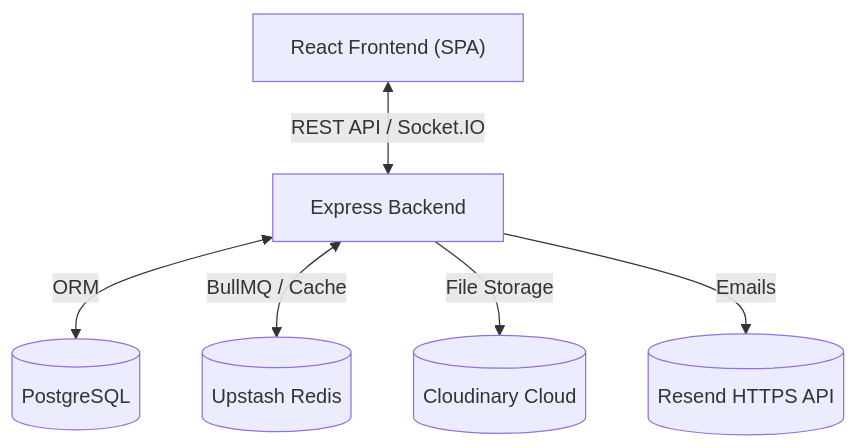
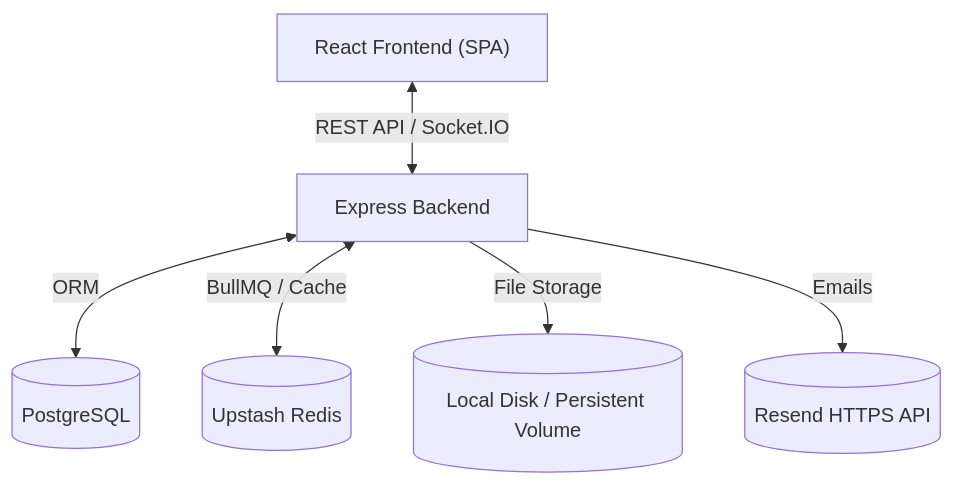
The first of 2 diagrams in docs/01_PROJECT_OVERVIEW.md (suvojit004/jobsforwomen), drawn with Mermaid before and after one commit. The commit also changed other lines of this file and 39 other files, not shown here.

````diff
--- a/docs/01_PROJECT_OVERVIEW.md
+++ b/docs/01_PROJECT_OVERVIEW.md
@@ -27,8 +27,8 @@
 ```mermaid
 graph TD
     Client["React Frontend (SPA)"] <-->|REST API / Socket.IO| Server["Express Backend"]
     Server <-->|ORM| DB[("PostgreSQL")]
     Server <-->|BullMQ / Cache| Redis[("Upstash Redis")]
-    Server -->|File Storage| Cloudinary[("Cloudinary Cloud")]
+    Server -->|File Storage| Disk[("Local Disk / Persistent Volume")]
     Server -->|Emails| Resend[("Resend HTTPS API")]
 ```
````
